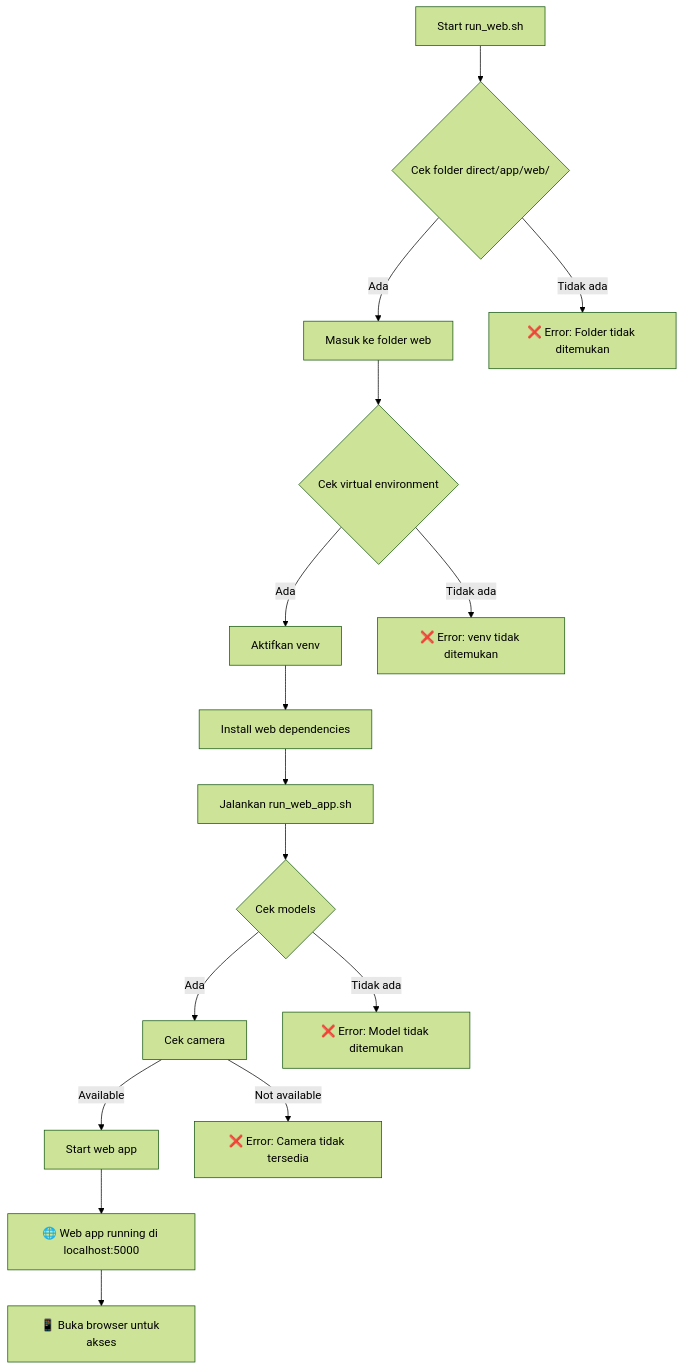
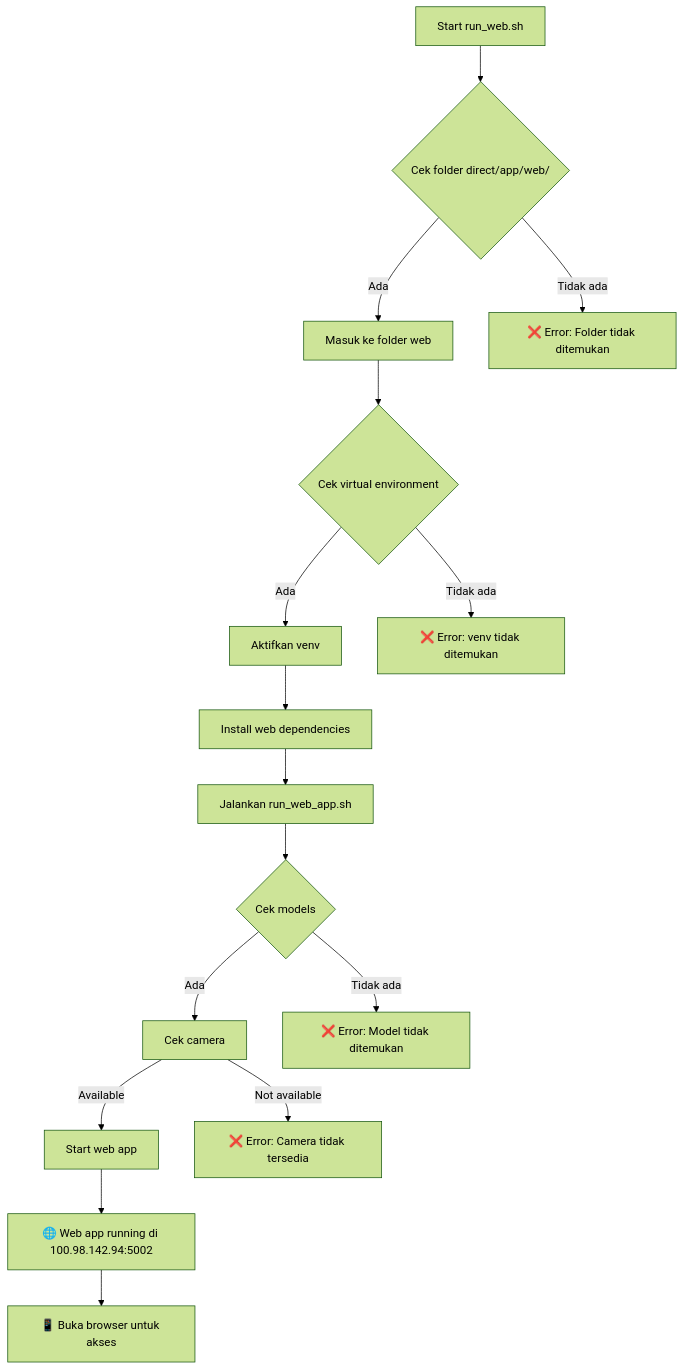
Before and after one commit to vnot01/MySuperApps: the diagram in MyCV-Platform/README_run_web.md, drawn with Mermaid (forest theme). The commit also changed other lines of this file and 16 other files, not shown here.

````diff
--- a/MyCV-Platform/README_run_web.md
+++ b/MyCV-Platform/README_run_web.md
@@ -74,23 +74,23 @@
 ```mermaid
 graph TD
     A[Start run_web.sh] --> B{Cek folder direct/app/web/}
     B -->|Ada| C[Masuk ke folder web]
     B -->|Tidak ada| D[❌ Error: Folder tidak ditemukan]
     
     C --> E{Cek virtual environment}
     E -->|Ada| F[Aktifkan venv]
     E -->|Tidak ada| G[❌ Error: venv tidak ditemukan]
     
     F --> H[Install web dependencies]
     H --> I[Jalankan run_web_app.sh]
     
     I --> J{Cek models}
     J -->|Ada| K[Cek camera]
     J -->|Tidak ada| L[❌ Error: Model tidak ditemukan]
     
     K -->|Available| M[Start web app]
     K -->|Not available| N[❌ Error: Camera tidak tersedia]
     
-    M --> O[🌐 Web app running di localhost:5000]
+    M --> O[🌐 Web app running di 100.98.142.94:5002]
     O --> P[📱 Buka browser untuk akses]
 ```
````
